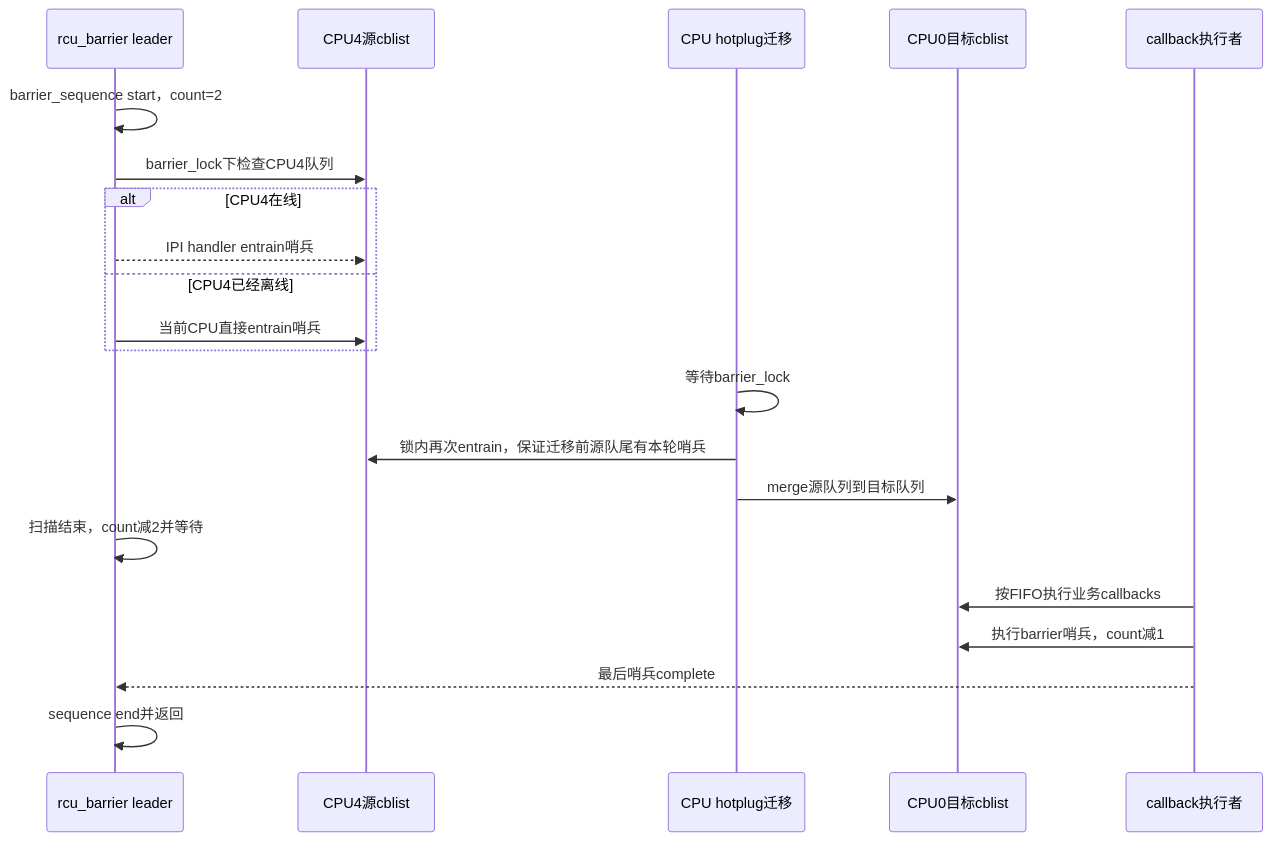
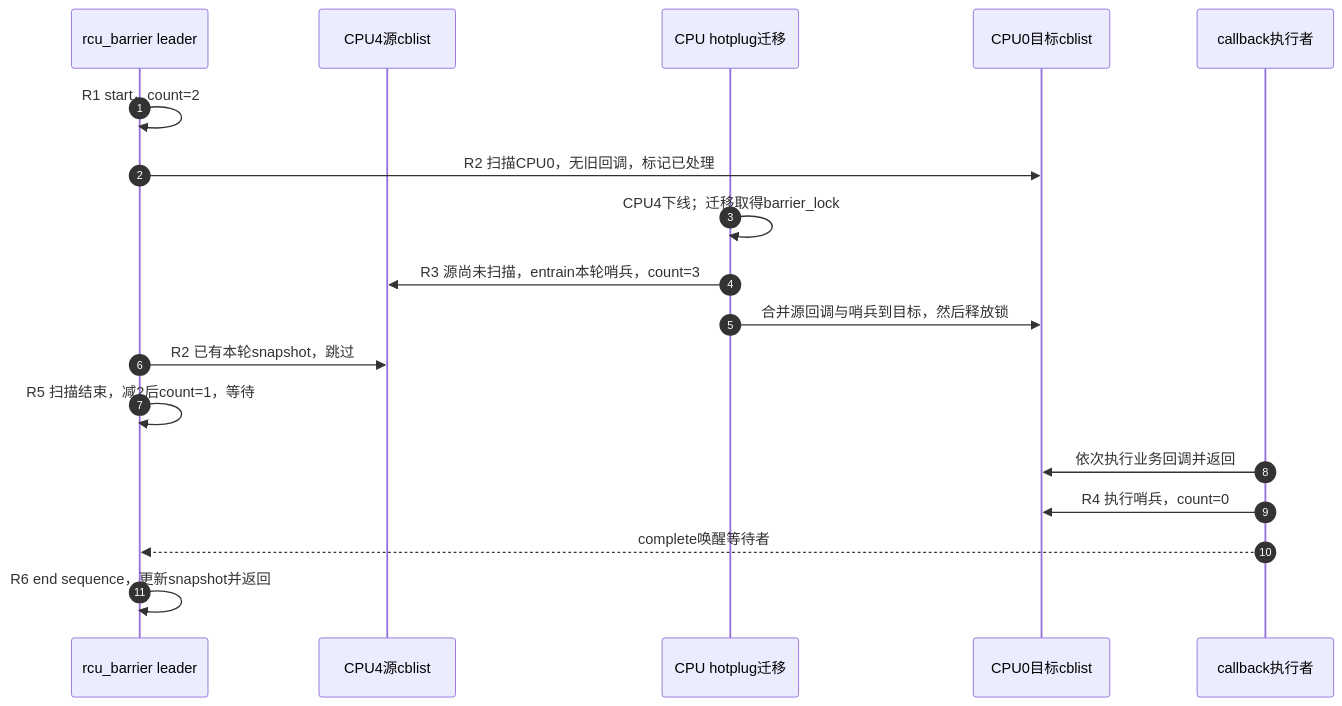
Before and after one commit to FormingSystem/linux_note: the second of 2 diagrams in research/source_reading/rcu/navigation/P08_Linux_6.12_Tree_RCU_同步等待与rcu_barrier模块源码概念导读.md, drawn with Mermaid. The commit also changed other lines of this file and 1 other file, not shown here.

````diff
--- a/research/source_reading/rcu/navigation/P08_Linux_6.12_Tree_RCU_同步等待与rcu_barrier模块源码概念导读.md
+++ b/research/source_reading/rcu/navigation/P08_Linux_6.12_Tree_RCU_同步等待与rcu_barrier模块源码概念导读.md
@@ -123,24 +134,21 @@
 ```mermaid
 sequenceDiagram
+    autonumber
     participant B as rcu_barrier leader
     participant S as CPU4源cblist
     participant H as CPU hotplug迁移
     participant D as CPU0目标cblist
     participant E as callback执行者
 
-    B->>B: barrier_sequence start，count=2
-    B->>S: barrier_lock下检查CPU4队列
-    alt CPU4在线
-        B-->>S: IPI handler entrain哨兵
-    else CPU4已经离线
-        B->>S: 当前CPU直接entrain哨兵
-    end
-    H->>H: 等待barrier_lock
-    H->>S: 锁内再次entrain，保证迁移前源队尾有本轮哨兵
-    H->>D: merge源队列到目标队列
-    B->>B: 扫描结束，count减2并等待
-    E->>D: 按FIFO执行业务callbacks
-    E->>D: 执行barrier哨兵，count减1
-    E-->>B: 最后哨兵complete
-    B->>B: sequence end并返回
+    B->>B: R1 start，count=2
+    B->>D: R2 扫描CPU0，无旧回调，标记已处理
+    H->>H: CPU4下线；迁移取得barrier_lock
+    H->>S: R3 源尚未扫描，entrain本轮哨兵，count=3
+    H->>D: 合并源回调与哨兵到目标，然后释放锁
+    B->>S: R2 已有本轮snapshot，跳过
+    B->>B: R5 扫描结束，减2后count=1，等待
+    E->>D: 依次执行业务回调并返回
+    E->>D: R4 执行哨兵，count=0
+    E-->>B: complete唤醒等待者
+    B->>B: R6 end sequence，更新snapshot并返回
 ```
````
